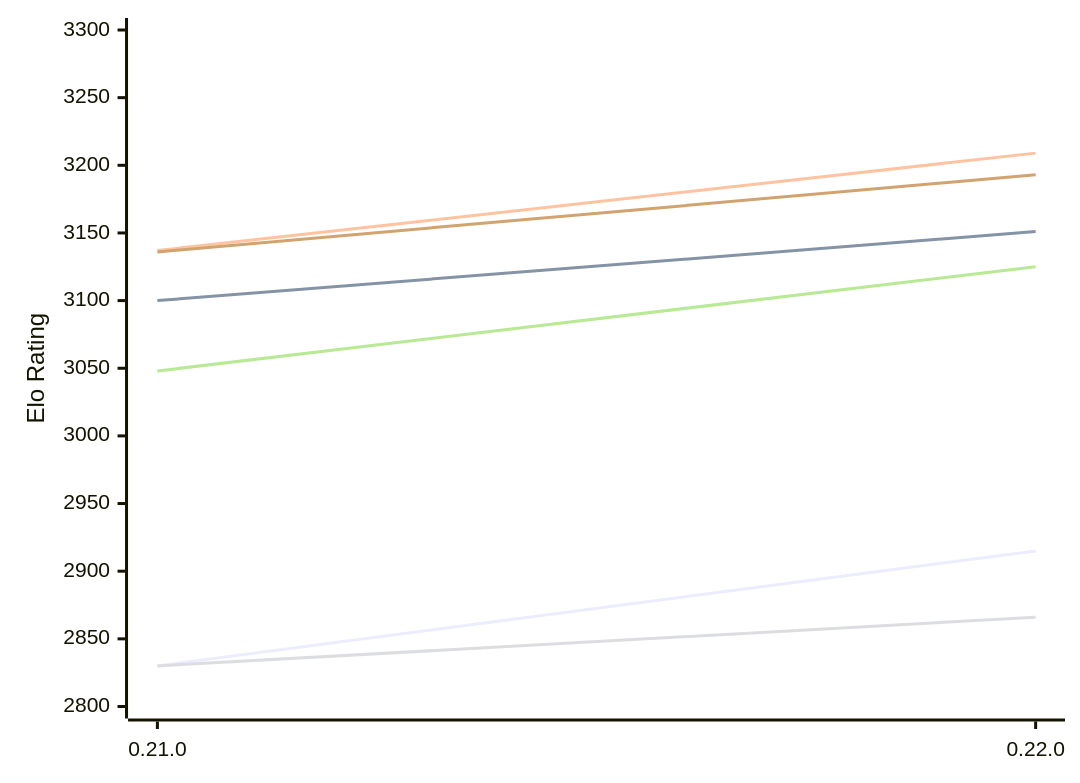
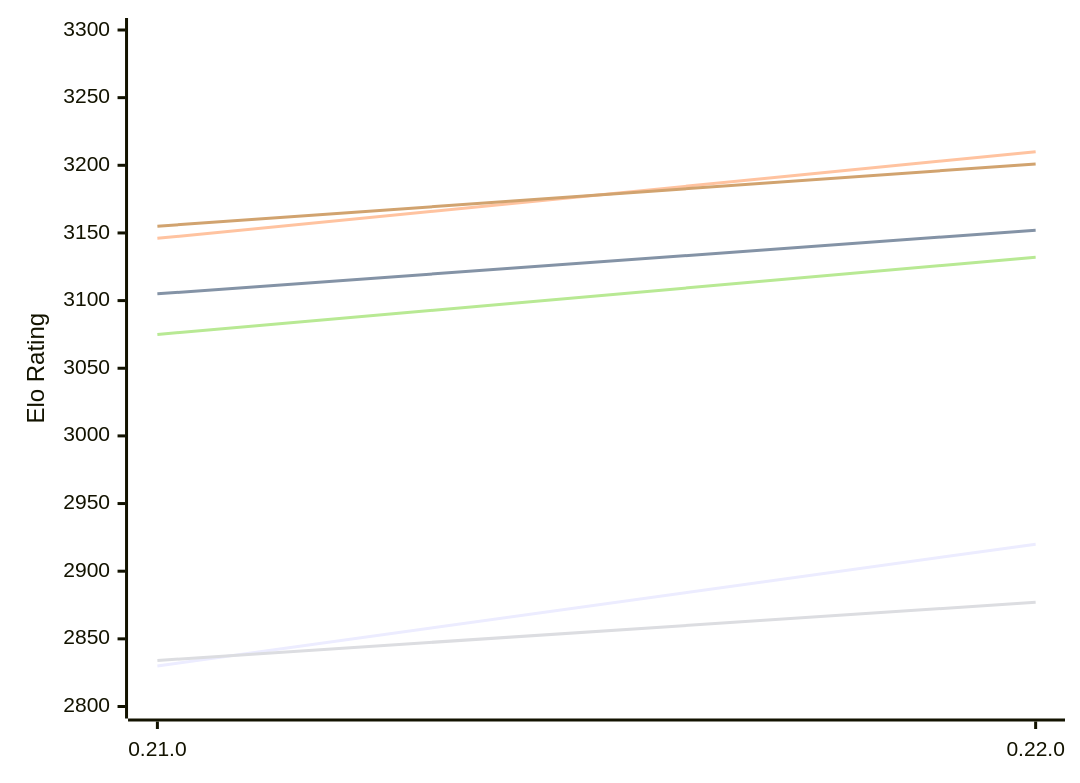
One commit to computer-chess-index/cci changed the first of 2 diagrams in engines/Princhess.md. Above: the diagram before and after it, drawn with Mermaid. The commit also changed other lines of this file, not shown here.

Commit message:
Update CCI Ratings (ELO VLTC) - 2026-11-25

````diff
--- a/engines/Princhess.md
+++ b/engines/Princhess.md
@@ -50,12 +50,12 @@
 ```mermaid
 %%{init: {"theme":"base","themeVariables":{"seriesColors:['#a3a3a3','#222221','#faa371']}}}%%
 xychart-beta
   x-axis ["0.21.0", "0.22.0"]
   y-axis "Elo Rating" 2800 --> 3300
-  line "E1: STC (8.0+0.08s)" [2830, 2915]
-  line "E1: LTC (60.0+0.60s)" [3100, 3151]
-  line "E1: VLTC (2m24s+1.12s)" [3137, 3209]
-  line "P1: STC (8.0+0.08s)" [2830, 2866]
-  line "P1: LTC (60.0+0.60s)" [3048, 3125]
-  line "P1: VLTC (2m24s+1.12s)" [3136, 3193]
+  line "E1: STC (8.0+0.08s)" [2830, 2920]
+  line "E1: LTC (60.0+0.60s)" [3105, 3152]
+  line "E1: VLTC (2m24s+1.12s)" [3146, 3210]
+  line "P1: STC (8.0+0.08s)" [2834, 2877]
+  line "P1: LTC (60.0+0.60s)" [3075, 3132]
+  line "P1: VLTC (2m24s+1.12s)" [3155, 3201]
 ```
````
